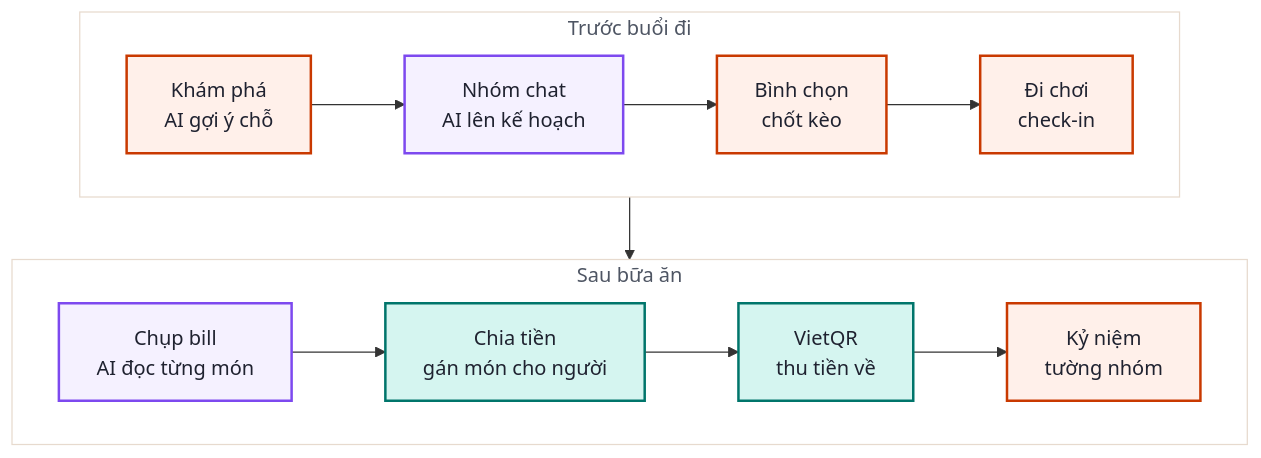
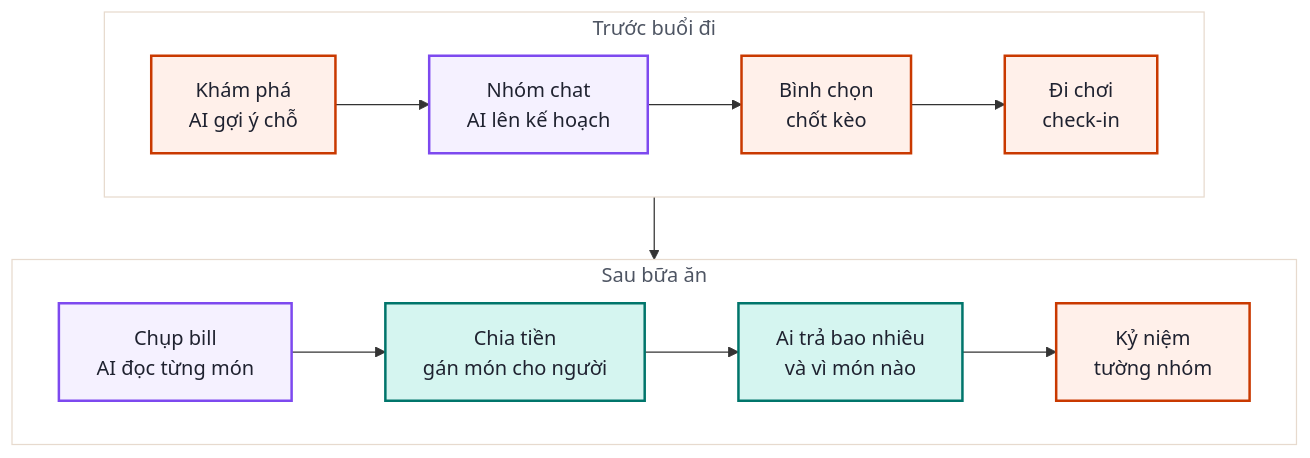
One commit to chuoibo/mobile changed the first of 3 diagrams in README.md. Above: the diagram before and after it, drawn with Mermaid. The commit also changed other lines of this file and 67 other files, not shown here.

````diff
--- a/README.md
+++ b/README.md
@@ -56,25 +56,25 @@
 ```mermaid
 flowchart TB
     subgraph TRUOC["Trước buổi đi"]
         direction LR
         A["Khám phá<br/>AI gợi ý chỗ"] --> B["Nhóm chat<br/>AI lên kế hoạch"]
         B --> C["Bình chọn<br/>chốt kèo"]
         C --> D["Đi chơi<br/>check-in"]
     end
     subgraph SAU["Sau bữa ăn"]
         direction LR
         E["Chụp bill<br/>AI đọc từng món"] --> F["Chia tiền<br/>gán món cho người"]
-        F --> G["VietQR<br/>thu tiền về"]
+        F --> G["Ai trả bao nhiêu<br/>và vì món nào"]
         G --> H["Kỷ niệm<br/>tường nhóm"]
     end
     TRUOC --> SAU
 
     classDef brand fill:#fff0ea,stroke:#c93900,stroke-width:2px,color:#1f2230
     classDef ai fill:#f5f1ff,stroke:#7d49ef,stroke-width:2px,color:#1f2230
     classDef money fill:#d5f5f0,stroke:#00756b,stroke-width:2px,color:#1f2230
     class A,C,D,H brand
     class B,E ai
     class F,G money
     style TRUOC fill:#ffffff,stroke:#e7dace,color:#4e5563
     style SAU fill:#ffffff,stroke:#e7dace,color:#4e5563
 ```
````
